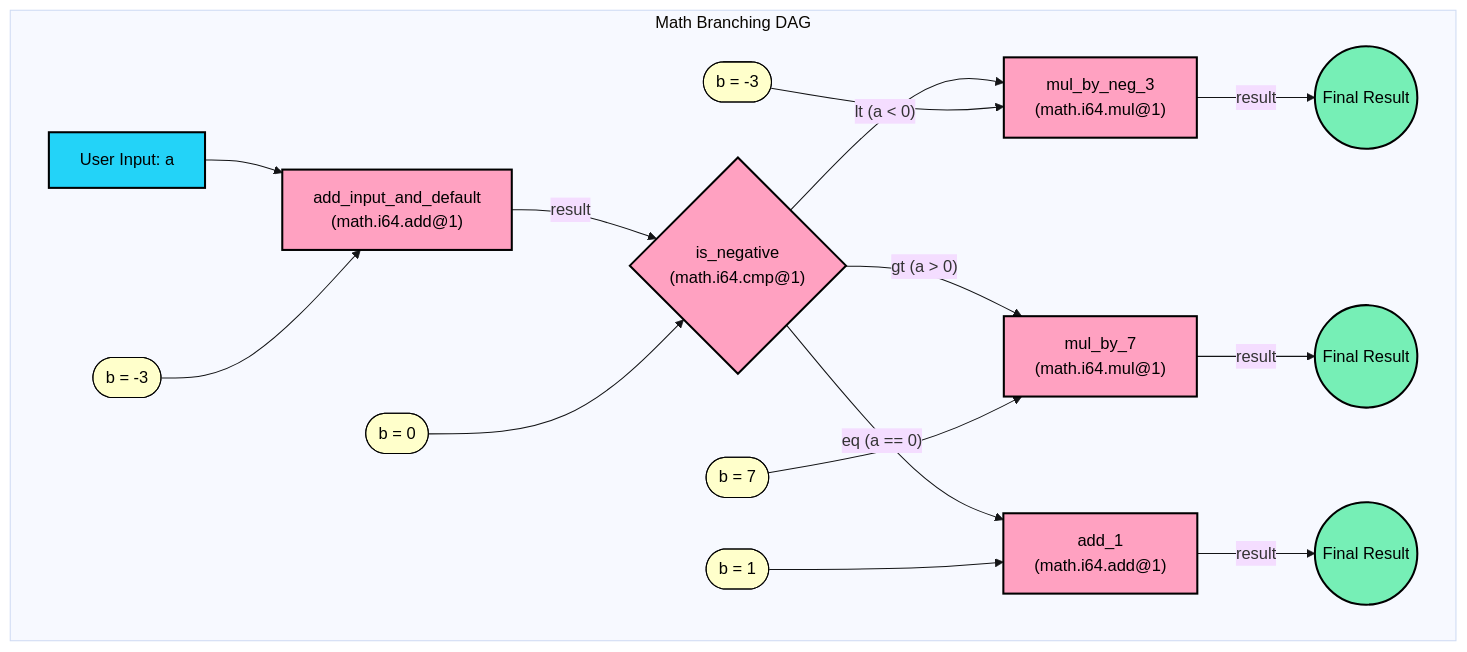
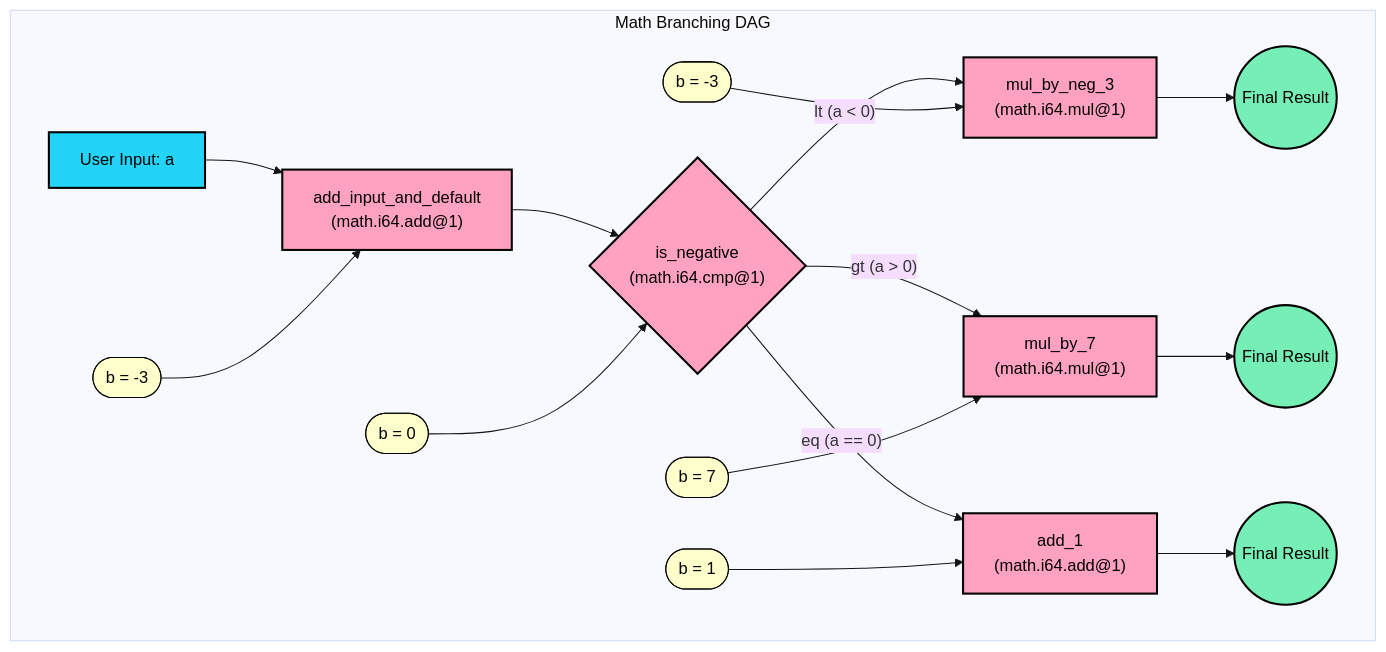
Before and after one commit to Talus-Network/gitbook-docs: the diagram in nexus-sdk/guides/math-branching-dag-builder.md, drawn with Mermaid. The commit also changed other lines of this file, not shown here.

Commit message:
GITBOOK-9: Fix Mermaid

````diff
--- a/nexus-sdk/guides/math-branching-dag-builder.md
+++ b/nexus-sdk/guides/math-branching-dag-builder.md
@@ -19,33 +20,33 @@
 ```mermaid
 %%{init: {'theme': 'base', 'themeVariables': { 'background': '#ECEBE9' }}}%%
 graph TD
     subgraph "Math Branching DAG"
         Input[User Input: a] --> A["add_input_and_default<br>(math.i64.add@1)"];
         Def1([b = -3]) --> A;
-        A -- "result" --> B{"is_negative<br>(math.i64.cmp@1)"};
+        A --> B{"is_negative<br>(math.i64.cmp@1)"};
         Def2([b = 0]) --> B;
         
         B -- "lt (a < 0)" --> C["mul_by_neg_3<br>(math.i64.mul@1)"];
         Def3([b = -3]) --> C;
         
         B -- "gt (a > 0)" --> D["mul_by_7<br>(math.i64.mul@1)"];
         Def4([b = 7]) --> D;
         
         B -- "eq (a == 0)" --> E["add_1<br>(math.i64.add@1)"];
         Def5([b = 1]) --> E;
         
-        C -- "result" --> Result1((Final Result));
-        D -- "result" --> Result2((Final Result));
-        E -- "result" --> Result3((Final Result));
+        C --> Result1((Final Result));
+        D --> Result2((Final Result));
+        E --> Result3((Final Result));
     end
 
     classDef tool fill:#FFA1C1,stroke:#000000,stroke-width:2px,color:#000000;
     classDef input fill:#23D3F8,stroke:#000000,stroke-width:2px,color:#000000;
     classDef output fill:#76EFB6,stroke:#000000,stroke-width:2px,color:#000000;
-    classDef default fill:#FFFFCB,stroke:#000000,stroke-width:1px 5,color:#000000;
+    classDef default fill:#FFFFCB,stroke:#000000,stroke-width:1px,color:#000000;
     
     class A,C,D,E,B tool;
     class Result1,Result2,Result3 output;
     class Input input;
     class Def1,Def2,Def3,Def4,Def5 default;
 ```
````
